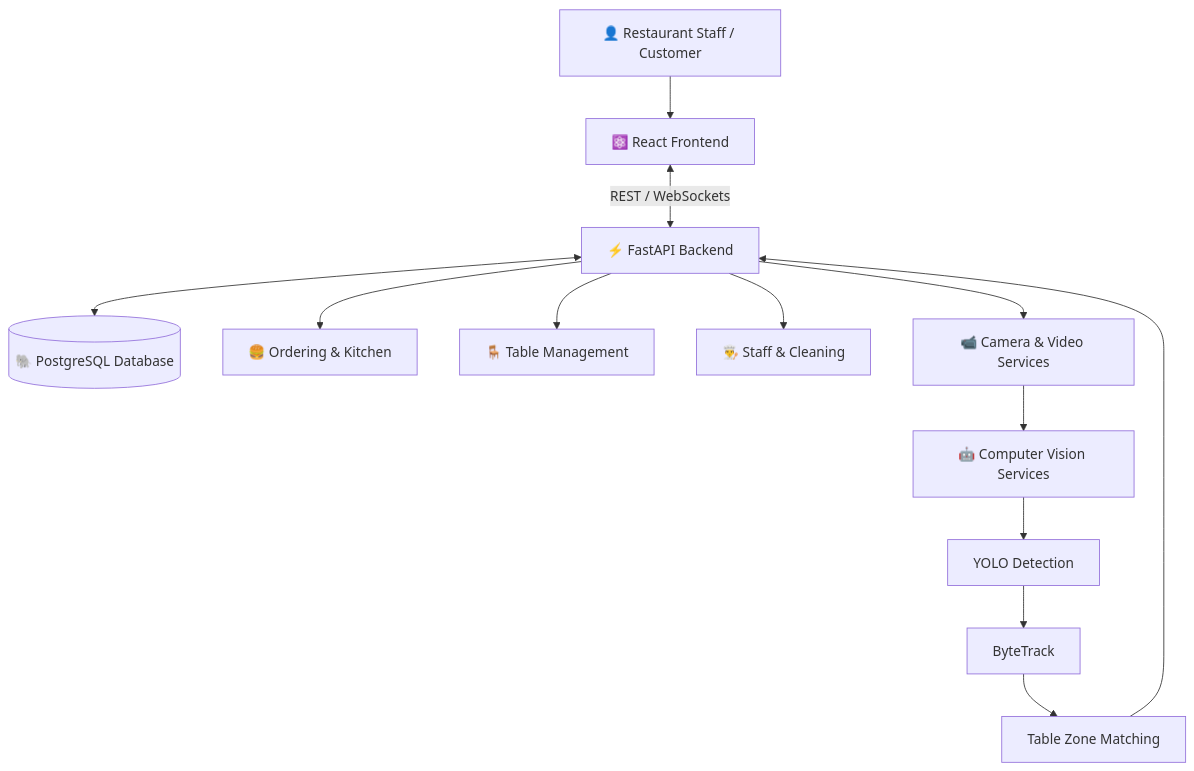
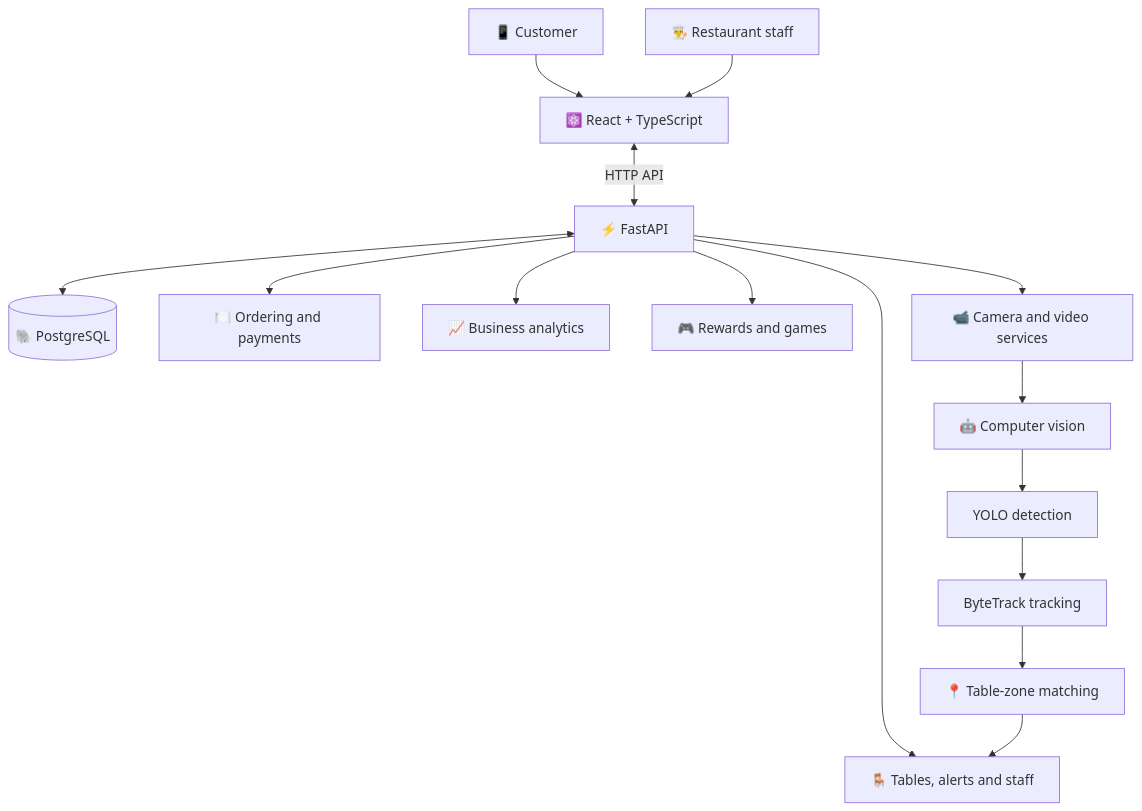
One commit to Chaman4211/RestroMind changed the third of 3 diagrams in README.md. Above: the diagram before and after it, drawn with Mermaid. The commit also changed other lines of this file, not shown here.

````diff
--- a/README.md
+++ b/README.md
@@ -210,30 +222,17 @@
-```mermaid
+~~~mermaid
 flowchart TB
-    U["👤 Restaurant Staff / Customer"]
-    FE["⚛️ React Frontend"]
-    API["⚡ FastAPI Backend"]
-    DB[("🐘 PostgreSQL Database")]
-
-    AI["🤖 Computer Vision Services"]
-    YOLO["YOLO Detection"]
-    TRACK["ByteTrack"]
-    ZONE["Table Zone Matching"]
-
-    ORDER["🍔 Ordering & Kitchen"]
-    TABLE["🪑 Table Management"]
-    STAFF["👨‍🍳 Staff & Cleaning"]
-    CAMERA["📹 Camera & Video Services"]
-
-    U --> FE
-    FE <-->|REST / WebSockets| API
-    API <--> DB
-    API --> ORDER
-    API --> TABLE
-    API --> STAFF
-    API --> CAMERA
-    CAMERA --> AI
-    AI --> YOLO
-    YOLO --> TRACK
-    TRACK --> ZONE
-    ZONE --> API
-```
+    CUSTOMER["📱 Customer"] --> WEB["⚛️ React + TypeScript"]
+    STAFF["👨‍🍳 Restaurant staff"] --> WEB
+    WEB <-->|"HTTP API"| API["⚡ FastAPI"]
+    API <--> DB[("🐘 PostgreSQL")]
+    API --> ORDERS["🍽️ Ordering and payments"]
+    API --> OPS["🪑 Tables, alerts and staff"]
+    API --> ANALYTICS["📈 Business analytics"]
+    API --> GAMES["🎮 Rewards and games"]
+    API --> CAMERA["📹 Camera and video services"]
+    CAMERA --> CV["🤖 Computer vision"]
+    CV --> DETECT["YOLO detection"]
+    DETECT --> TRACK["ByteTrack tracking"]
+    TRACK --> ZONES["📍 Table-zone matching"]
+    ZONES --> OPS
+~~~
````
